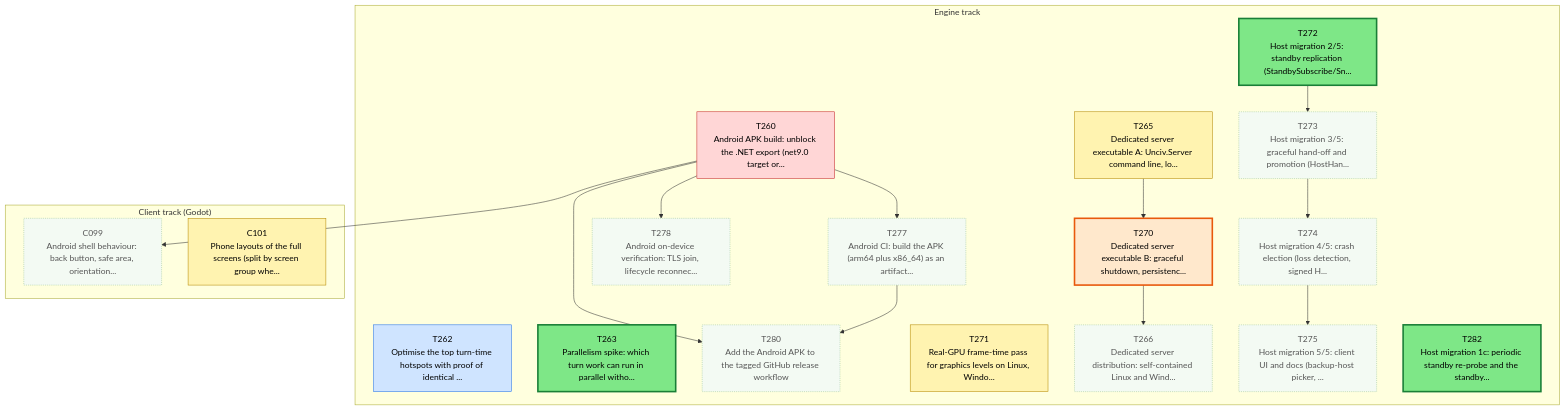
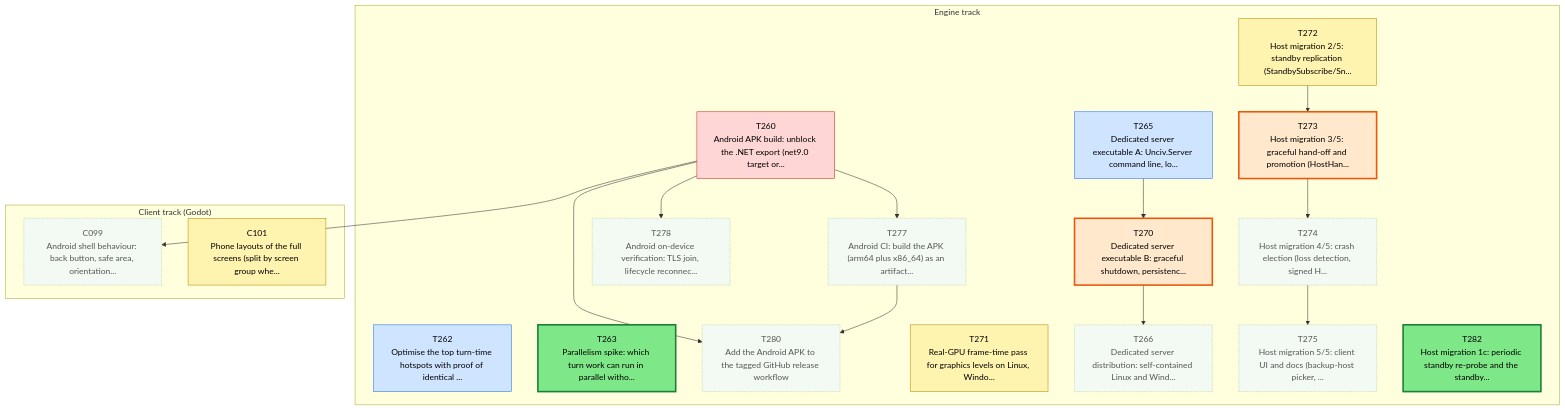
Before and after one commit to Kenmura/Unciv: the first of 3 diagrams in csharp/migration/DEPENDENCY_MAP.md, drawn with Mermaid. The commit also changed other lines of this file and 14 other files, not shown here.

````diff
--- a/csharp/migration/DEPENDENCY_MAP.md
+++ b/csharp/migration/DEPENDENCY_MAP.md
@@ -35,58 +35,58 @@
 ```mermaid
 flowchart TD
   subgraph TTRACK["Engine track"]
     T260["T260<br/>Android APK build: unblock the .NET export (net9.0 target or..."]
     T262["T262<br/>Optimise the top turn-time hotspots with proof of identical ..."]
     T263["T263<br/>Parallelism spike: which turn work can run in parallel witho..."]
     T265["T265<br/>Dedicated server executable A: Unciv.Server command line, lo..."]
     T266["T266<br/>Dedicated server distribution: self-contained Linux and Wind..."]
     T270["T270<br/>Dedicated server executable B: graceful shutdown, persistenc..."]
     T271["T271<br/>Real-GPU frame-time pass for graphics levels on Linux, Windo..."]
     T272["T272<br/>Host migration 2/5: standby replication (StandbySubscribe/Sn..."]
     T273["T273<br/>Host migration 3/5: graceful hand-off and promotion (HostHan..."]
     T274["T274<br/>Host migration 4/5: crash election (loss detection, signed H..."]
     T275["T275<br/>Host migration 5/5: client UI and docs (backup-host picker, ..."]
     T277["T277<br/>Android CI: build the APK (arm64 plus x86_64) as an artifact..."]
     T278["T278<br/>Android on-device verification: TLS join, lifecycle reconnec..."]
     T280["T280<br/>Add the Android APK to the tagged GitHub release workflow"]
     T282["T282<br/>Host migration 1c: periodic standby re-probe and the standby..."]
   end
   subgraph CTRACK["Client track (Godot)"]
     C099["C099<br/>Android shell behaviour: back button, safe area, orientation..."]
     C101["C101<br/>Phone layouts of the full screens (split by screen group whe..."]
   end
   T270 --> T266
   T265 --> T270
   T272 --> T273
   T273 --> T274
   T274 --> T275
   T260 --> T277
   T260 --> T278
   T260 --> T280
   T277 --> T280
   T260 --> C099
   classDef waiting fill:#f3faf3,stroke:#9bc49b,color:#555,stroke-dasharray:2 2
   classDef ondeck fill:#ffe8cc,stroke:#e8590c,stroke-width:3px,color:#000
   classDef ready fill:#7ee787,stroke:#1a7f37,stroke-width:3px,color:#000
   classDef prog fill:#fff3b0,stroke:#b58900,color:#000
   classDef review fill:#cfe4ff,stroke:#1f6feb,color:#000
   classDef blocked fill:#ffd6d6,stroke:#c62828,color:#000
   classDef done fill:#eeeeee,stroke:#999999,color:#666,stroke-dasharray:4 3
   class C099 waiting
   class C101 prog
   class T260 blocked
   class T262 review
   class T263 ready
-  class T265 prog
+  class T265 review
   class T266 waiting
   class T270 ondeck
   class T271 prog
-  class T272 ready
-  class T273 waiting
+  class T272 prog
+  class T273 ondeck
   class T274 waiting
   class T275 waiting
   class T277 waiting
   class T278 waiting
   class T280 waiting
   class T282 ready
 ```
````
